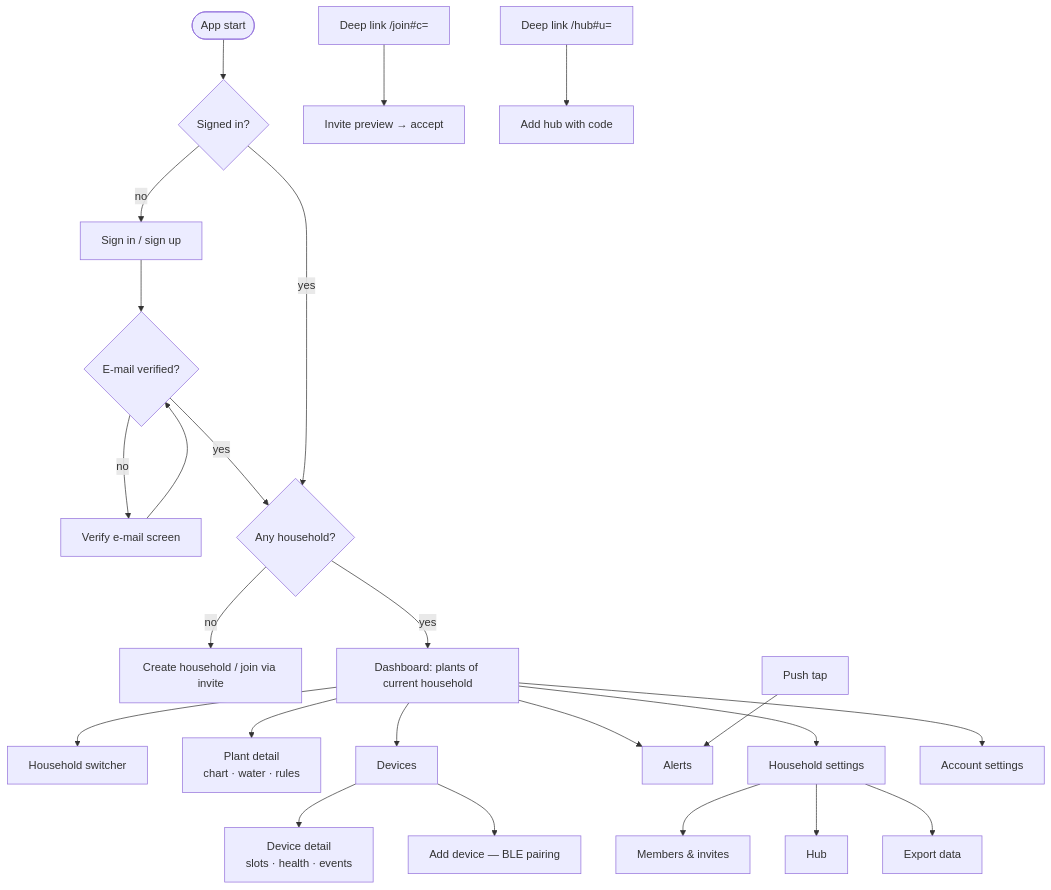
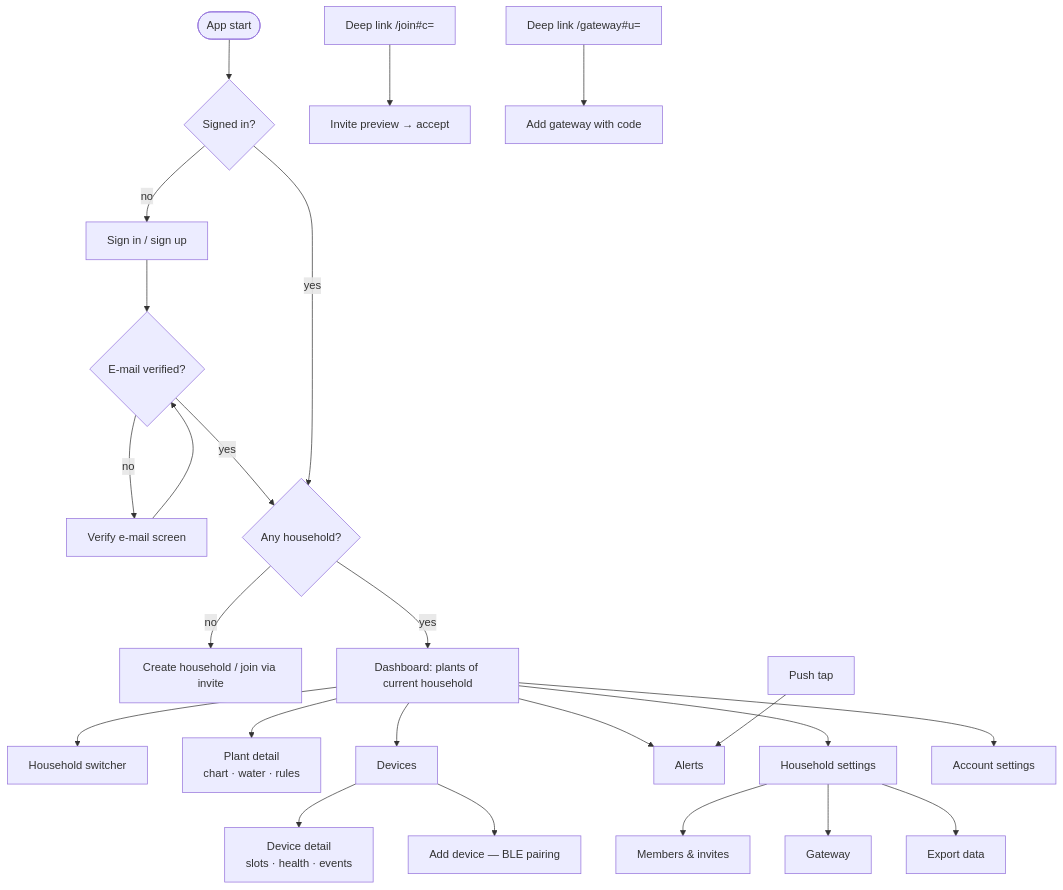
One commit to Hansom17/MoistureController changed the second of 3 diagrams in app/App_Specs.md. Above: the diagram before and after it, drawn with Mermaid. The commit also changed other lines of this file and 86 other files, not shown here.

First line of the commit message:
Switch plans to gateway + central API (v2) and remove obsolete v1 code

````diff
--- a/app/App_Specs.md
+++ b/app/App_Specs.md
@@ -91,28 +91,28 @@
 ```mermaid
 flowchart TD
     START([App start]) --> A{Signed in?}
     A -->|no| SIGNIN[Sign in / sign up]
     SIGNIN --> VERIFY{E-mail verified?}
     VERIFY -->|no| VWAIT[Verify e-mail screen]
     VWAIT --> VERIFY
     VERIFY -->|yes| HH
     A -->|yes| HH{Any household?}
     HH -->|no| EMPTY[Create household / join via invite]
     HH -->|yes| DASH[Dashboard: plants of current household]
 
     DASH --> SW[Household switcher]
     DASH --> PLANT[Plant detail<br/>chart · water · rules]
     DASH --> DEVS[Devices]
     DASH --> ALERTS[Alerts]
     DASH --> HHSET[Household settings]
     DEVS --> DEVD[Device detail<br/>slots · health · events]
     DEVS --> ADD[Add device — BLE pairing]
     HHSET --> MEM[Members & invites]
-    HHSET --> HUB[Hub]
+    HHSET --> GW[Gateway]
     HHSET --> EXPORT[Export data]
     DASH --> ACC[Account settings]
 
     DL1["Deep link /join#c="] --> JOIN[Invite preview → accept]
-    DL2["Deep link /hub#u="] --> HUBCLAIM[Add hub with code]
+    DL2["Deep link /gateway#u="] --> GWCLAIM[Add gateway with code]
     NOTIF[Push tap] --> ALERTS
 ```
````
